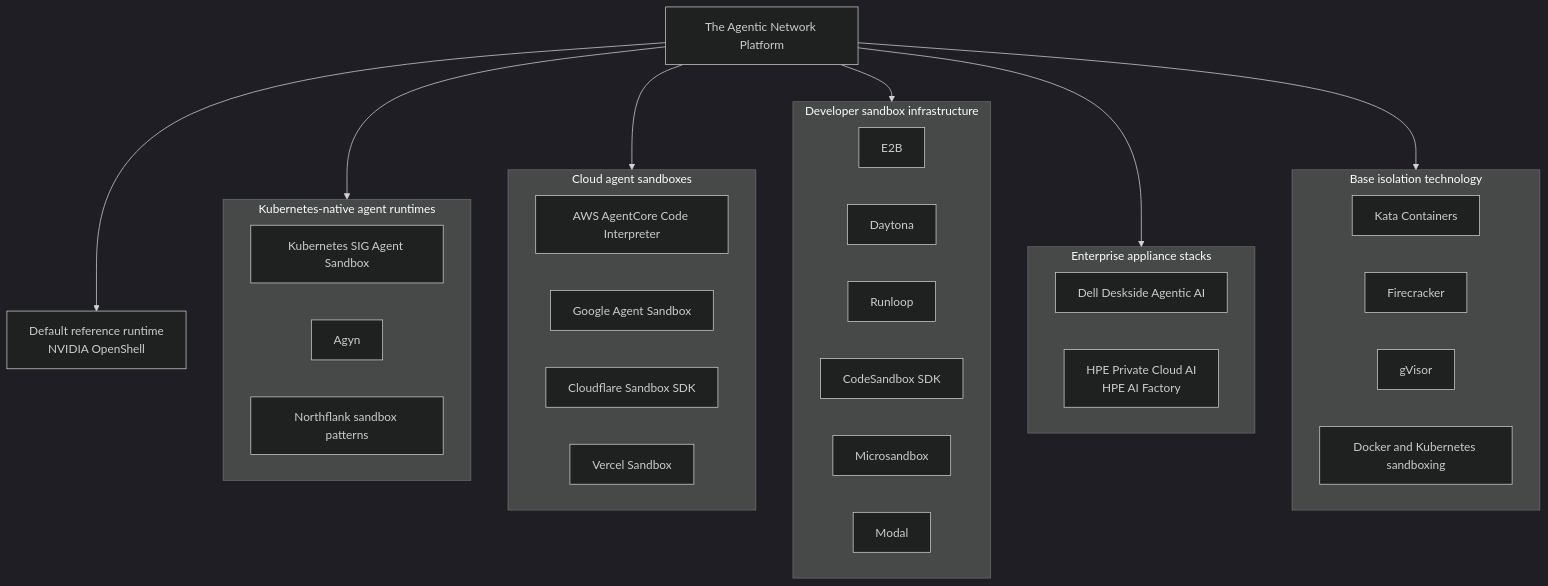
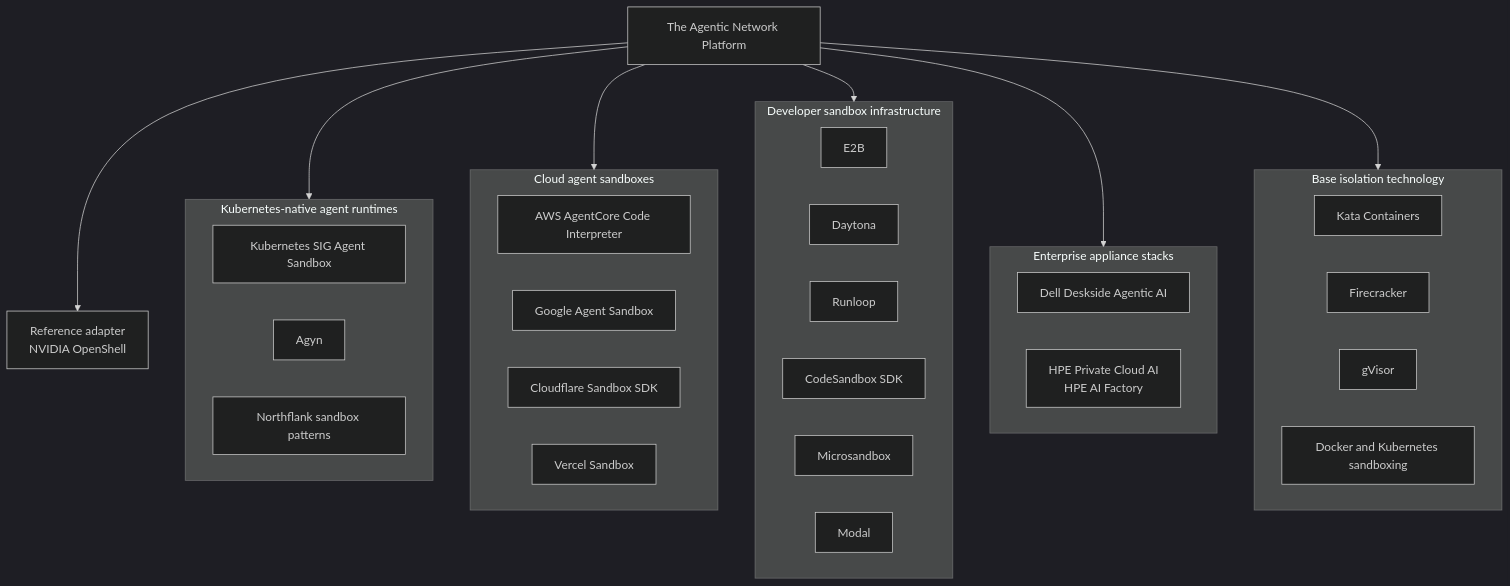
One commit to ColtMercer/the-agentic-network-platform changed the first of 7 diagrams in docs/architecture/runtime-execution-environment-evaluation.md. Above: the diagram before and after it, drawn with Mermaid (dark theme). The commit also changed other lines of this file and 1 other file, not shown here.

Commit message:
Refine runtime default recommendation

````diff
--- a/docs/architecture/runtime-execution-environment-evaluation.md
+++ b/docs/architecture/runtime-execution-environment-evaluation.md
@@ -54,46 +56,46 @@
 ```mermaid
 flowchart TB
     platform["The Agentic Network Platform"]
-    openshell["Default reference runtime<br/>NVIDIA OpenShell"]
+    openshell["Reference adapter<br/>NVIDIA OpenShell"]
 
     subgraph k8sNative["Kubernetes-native agent runtimes"]
         sig["Kubernetes SIG Agent Sandbox"]
         agyn["Agyn"]
         northflank["Northflank sandbox patterns"]
     end
 
     subgraph cloudSandboxes["Cloud agent sandboxes"]
         aws["AWS AgentCore Code Interpreter"]
         google["Google Agent Sandbox"]
         cloudflare["Cloudflare Sandbox SDK"]
         vercel["Vercel Sandbox"]
     end
 
     subgraph devSandboxes["Developer sandbox infrastructure"]
         e2b["E2B"]
         daytona["Daytona"]
         runloop["Runloop"]
         codesandbox["CodeSandbox SDK"]
         microsandbox["Microsandbox"]
         modal["Modal"]
     end
 
     subgraph appliances["Enterprise appliance stacks"]
         dell["Dell Deskside Agentic AI"]
         hpe["HPE Private Cloud AI<br/>HPE AI Factory"]
     end
 
     subgraph substrates["Base isolation technology"]
         kata["Kata Containers"]
         firecracker["Firecracker"]
         gvisor["gVisor"]
         dockerk8s["Docker and Kubernetes sandboxing"]
     end
 
     platform --> openshell
     platform --> k8sNative
     platform --> cloudSandboxes
     platform --> devSandboxes
     platform --> appliances
     platform --> substrates
 ```
````
